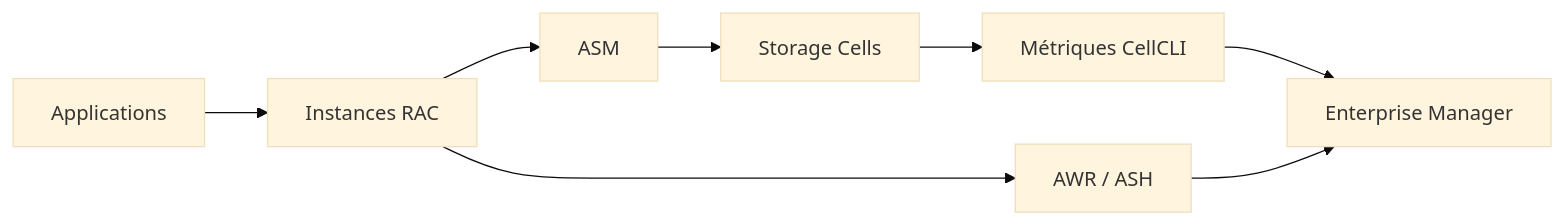
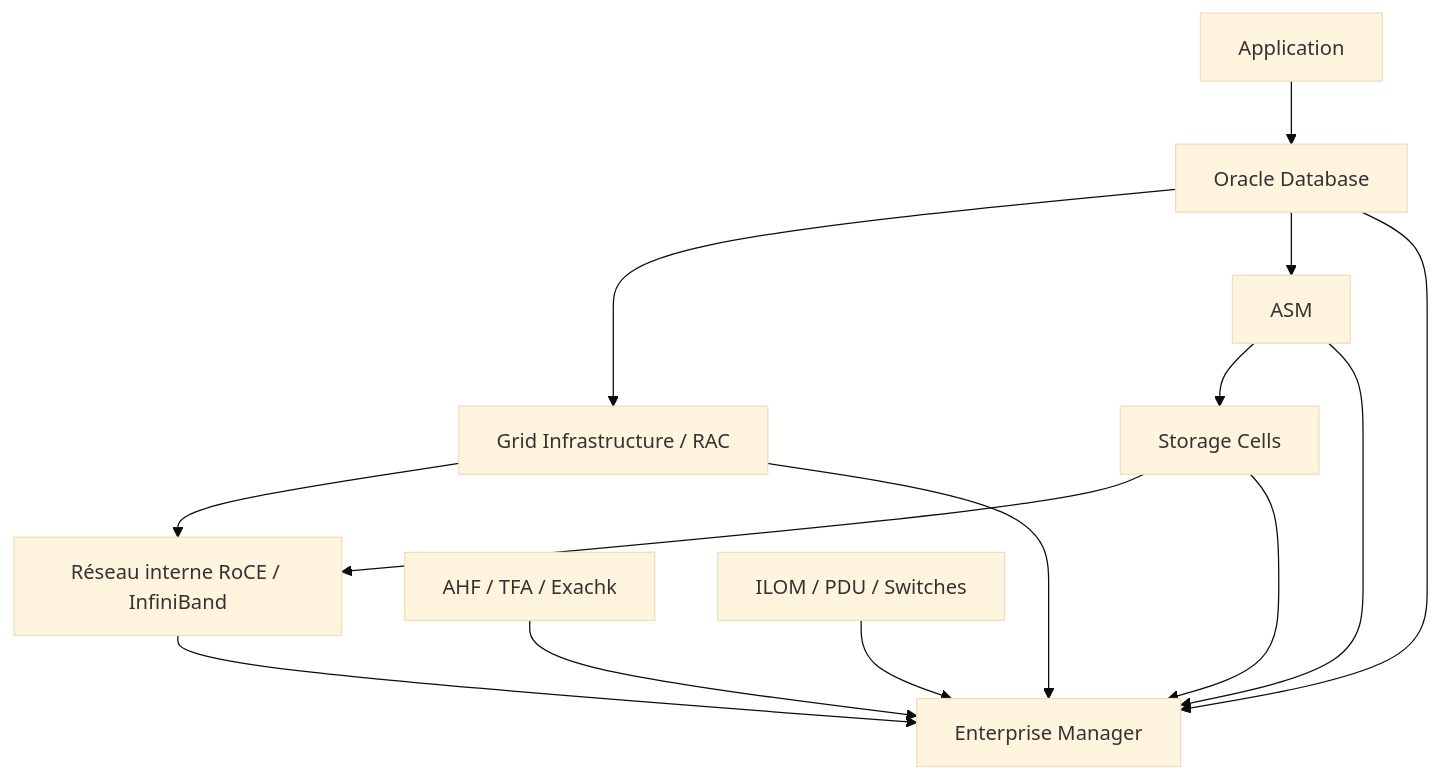
Before and after one commit to zdmooc/oracle-exadata-infra-ha-dr-course-labs-v5: the diagram in modules/14-platform-monitoring-introduction.md, drawn with Mermaid (base theme). The commit also changed other lines of this file, not shown here.

````diff
--- a/modules/14-platform-monitoring-introduction.md
+++ b/modules/14-platform-monitoring-introduction.md
@@ -166,10 +201,16 @@
 ```mermaid
-flowchart LR
-    APP[Applications] --> DB[Instances RAC]
-    DB --> ASM[ASM]
-    ASM --> CELL[Storage Cells]
-    CELL --> MET[Métriques CellCLI]
-    DB --> AWR[AWR / ASH]
-    MET --> EM[Enterprise Manager]
-    AWR --> EM
+flowchart TB
+    A[Application] --> B[Oracle Database]
+    B --> C[Grid Infrastructure / RAC]
+    B --> D[ASM]
+    D --> E[Storage Cells]
+    C --> F[Réseau interne RoCE / InfiniBand]
+    E --> F
+    B --> G[Enterprise Manager]
+    C --> G
+    D --> G
+    E --> G
+    F --> G
+    H[AHF / TFA / Exachk] --> G
+    I[ILOM / PDU / Switches] --> G
 ```
````
